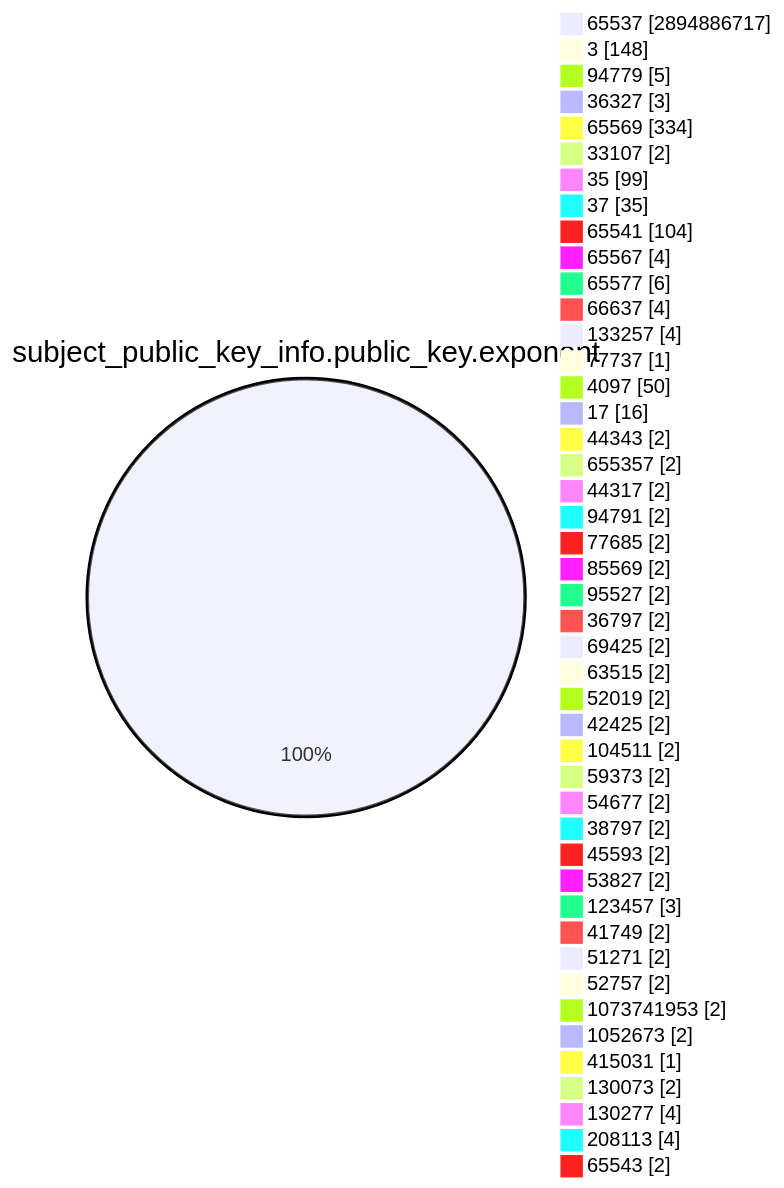
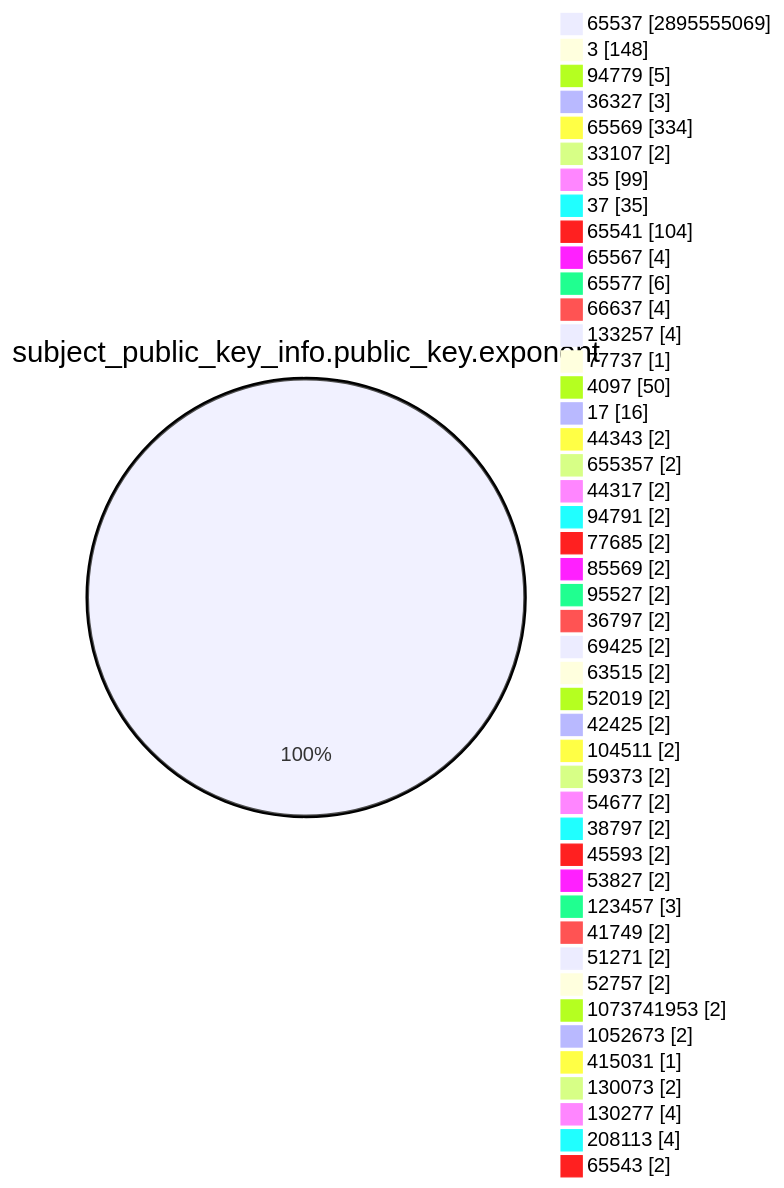
The fourth of 15 diagrams in TOTAL/README.md (christiankrug/ctmonitor_visualization), drawn with Mermaid before and after one commit. The commit also changed other lines of this file, not shown here.

````diff
--- a/TOTAL/README.md
+++ b/TOTAL/README.md
@@ -1468,49 +1468,49 @@
 ```mermaid
 pie showData
 title subject_public_key_info.public_key.exponent
-"65537" :2894886717
+"65537" :2895555069
 "3" :148
 "94779" :5
 "36327" :3
 "65569" :334
 "33107" :2
 "35" :99
 "37" :35
 "65541" :104
 "65567" :4
 "65577" :6
 "66637" :4
 "133257" :4
 "77737" :1
 "4097" :50
 "17" :16
 "44343" :2
 "655357" :2
 "44317" :2
 "94791" :2
 "77685" :2
 "85569" :2
 "95527" :2
 "36797" :2
 "69425" :2
 "63515" :2
 "52019" :2
 "42425" :2
 "104511" :2
 "59373" :2
 "54677" :2
 "38797" :2
 "45593" :2
 "53827" :2
 "123457" :3
 "41749" :2
 "51271" :2
 "52757" :2
 "1073741953" :2
 "1052673" :2
 "415031" :1
 "130073" :2
 "130277" :4
 "208113" :4
 "65543" :2
 ```
````
